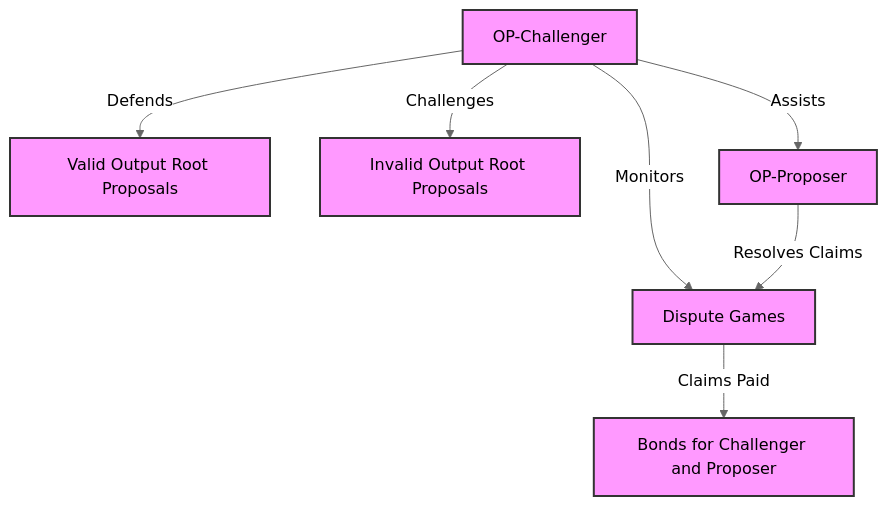
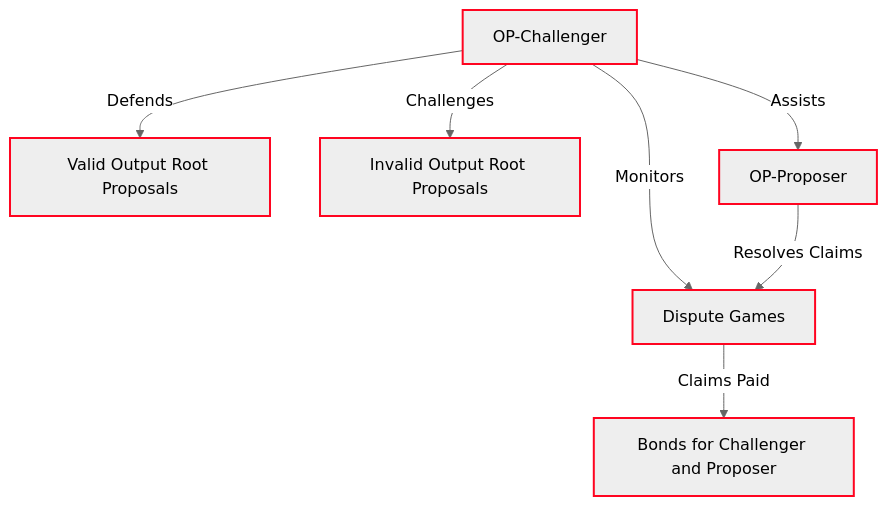
Before and after one commit to ethereum-optimism/docs: the diagram in pages/stack/protocol/fault-proofs/challenger.mdx, drawn with Mermaid (neutral theme). The commit also changed other lines of this file and 2 other files, not shown here.

````diff
--- a/pages/stack/protocol/fault-proofs/challenger.mdx
+++ b/pages/stack/protocol/fault-proofs/challenger.mdx
@@ -25,11 +25,11 @@
 ```mermaid
 graph TD;
     OP[OP-Challenger] -->|Monitors| DG[Dispute Games]
     OP -->|Defends| ORP[Valid Output Root Proposals]
     OP -->|Challenges| IORP[Invalid Output Root Proposals]
     OP -->|Assists| OPP[OP-Proposer]
     OPP -->|Resolves Claims| DG
     DG -->|Claims Paid| Bonds[Bonds for Challenger and Proposer]
 
-    classDef default fill:#f9f,stroke:#333,stroke-width:2px;
+    classDef default fill:#00,stroke:#FF0420,stroke-width:2px;
 ```
````
